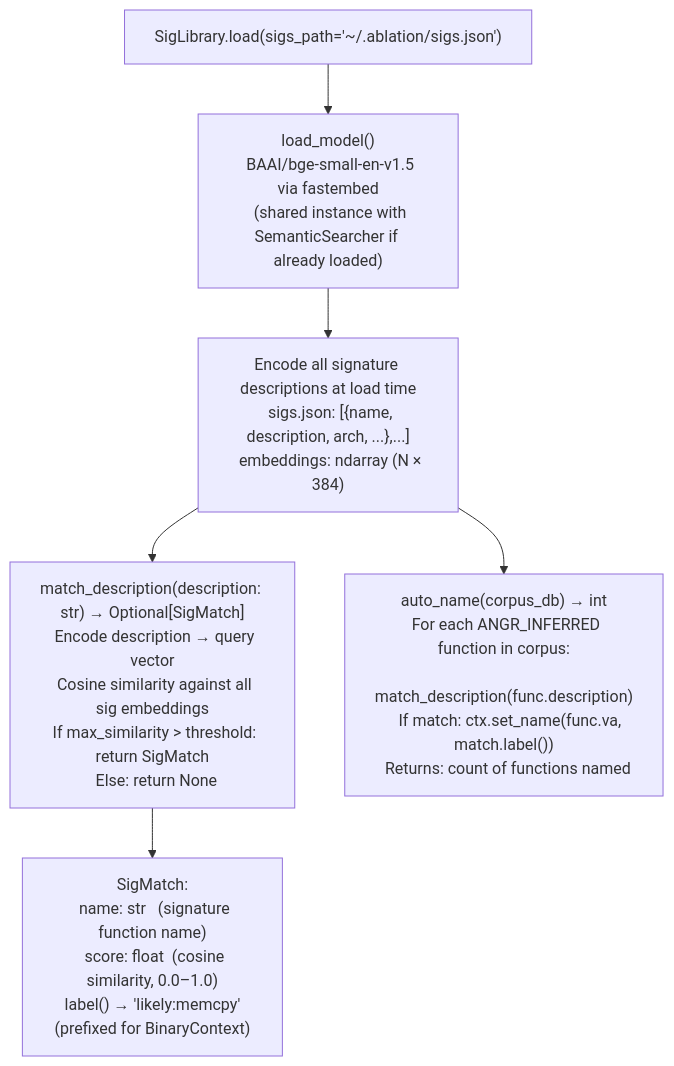
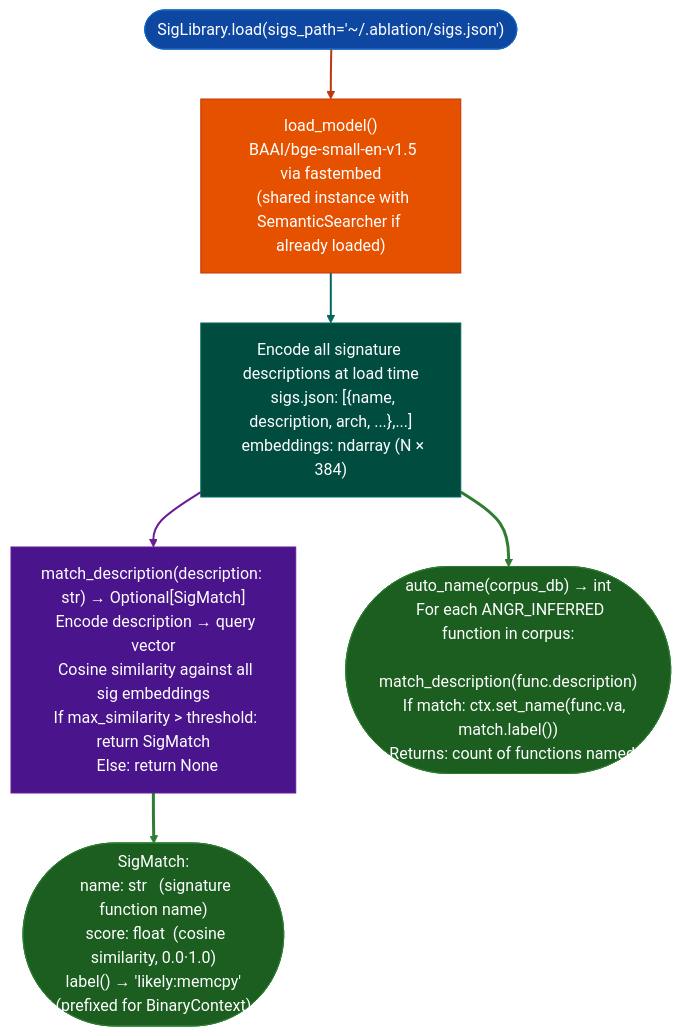
One commit to Ablation-Tool/ablation changed the diagram in docs/reference-modules/embedding-fine-tuning.md. Above: the diagram before and after it, drawn with Mermaid. The commit also changed 320 other files, not shown here.

First line of the commit message:
docs: apply canonical Mermaid template to all 321 diagrams

````diff
--- a/docs/reference-modules/embedding-fine-tuning.md
+++ b/docs/reference-modules/embedding-fine-tuning.md
@@ -19,8 +19,19 @@
 ```mermaid
 flowchart TD
-    A["SigLibrary.load(sigs_path='~/.ablation/sigs.json')"] --> B["load_model()\n  BAAI/bge-small-en-v1.5 via fastembed\n  (shared instance with SemanticSearcher if already loaded)"]
-    B --> C["Encode all signature descriptions at load time\n  sigs.json: [{name, description, arch, ...},...]\n  embeddings: ndarray (N × 384)"]
-    C --> D["match_description(description: str) → Optional[SigMatch]\n  Encode description → query vector\n  Cosine similarity against all sig embeddings\n  If max_similarity > threshold: return SigMatch\n  Else: return None"]
-    D --> E["SigMatch:\n  name: str   (signature function name)\n  score: float  (cosine similarity, 0.0–1.0)\n  label() → 'likely:memcpy'  (prefixed for BinaryContext)"]
-    C --> F["auto_name(corpus_db) → int\n  For each ANGR_INFERRED function in corpus:\n    match_description(func.description)\n    If match: ctx.set_name(func.va, match.label())\n  Returns: count of functions named"]
+    A(["SigLibrary.load(sigs_path='~/.ablation/sigs.json')"]):::input --> B["load_model()\n  BAAI/bge-small-en-v1.5 via fastembed\n  (shared instance with SemanticSearcher if already loaded)"]:::primary
+    B:::primary --> C["Encode all signature descriptions at load time\n  sigs.json: [{name, description, arch, ...},...]\n  embeddings: ndarray (N × 384)"]:::secondary
+    C:::secondary --> D["match_description(description: str) → Optional[SigMatch]\n  Encode description → query vector\n  Cosine similarity against all sig embeddings\n  If max_similarity > threshold: return SigMatch\n  Else: return None"]:::tertiary
+    D:::tertiary --> E(["SigMatch:\n  name: str   (signature function name)\n  score: float  (cosine similarity, 0.0·1.0)\n  label() → 'likely:memcpy'  (prefixed for BinaryContext)"]):::output
+    C:::secondary --> F(["auto_name(corpus_db) → int\n  For each ANGR_INFERRED function in corpus:\n    match_description(func.description)\n    If match: ctx.set_name(func.va, match.label())\n  Returns: count of functions named"]):::output
+    classDef input     fill:#0d47a1,stroke:#1565c0,color:#fff
+    classDef primary   fill:#e65100,stroke:#bf360c,color:#fff
+    classDef secondary fill:#004d40,stroke:#00695c,color:#fff
+    classDef tertiary  fill:#4a148c,stroke:#6a1b9a,color:#fff
+    classDef neutral   fill:#37474f,stroke:#546e7a,color:#fff
+    classDef output    fill:#1b5e20,stroke:#2e7d32,color:#fff
+    linkStyle 0 stroke:#bf360c,stroke-width:2px
+    linkStyle 1 stroke:#00695c,stroke-width:2px
+    linkStyle 2 stroke:#6a1b9a,stroke-width:2px
+    linkStyle 3 stroke:#2e7d32,stroke-width:3px
+    linkStyle 4 stroke:#2e7d32,stroke-width:3px
 ```
````
